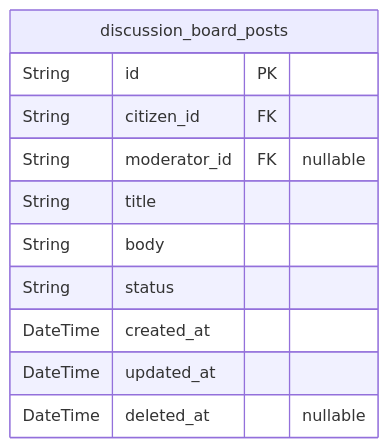
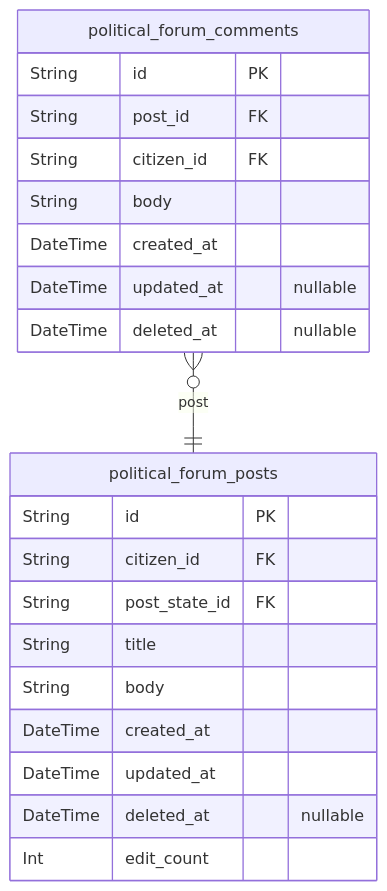
Before and after one commit to wrtnlabs/autobe-examples: the third of 10 diagrams in qwen/qwen3-next-80b-a3b-instruct/bbs/docs/ERD.md, drawn with Mermaid. The commit also changed other lines of this file and 960 other files, not shown here.

````diff
--- a/qwen/qwen3-next-80b-a3b-instruct/bbs/docs/ERD.md
+++ b/qwen/qwen3-next-80b-a3b-instruct/bbs/docs/ERD.md
@@ -199,14 +299,24 @@
 ```mermaid
 erDiagram
-"discussion_board_posts" {
+"political_forum_posts" {
   String id PK
   String citizen_id FK
-  String moderator_id FK "nullable"
+  String post_state_id FK
   String title
   String body
-  String status
   DateTime created_at
   DateTime updated_at
   DateTime deleted_at "nullable"
+  Int edit_count
 }
+"political_forum_comments" {
+  String id PK
+  String post_id FK
+  String citizen_id FK
+  String body
+  DateTime created_at
+  DateTime updated_at "nullable"
+  DateTime deleted_at "nullable"
+}
+"political_forum_comments" }o--|| "political_forum_posts" : post
 ```
````
